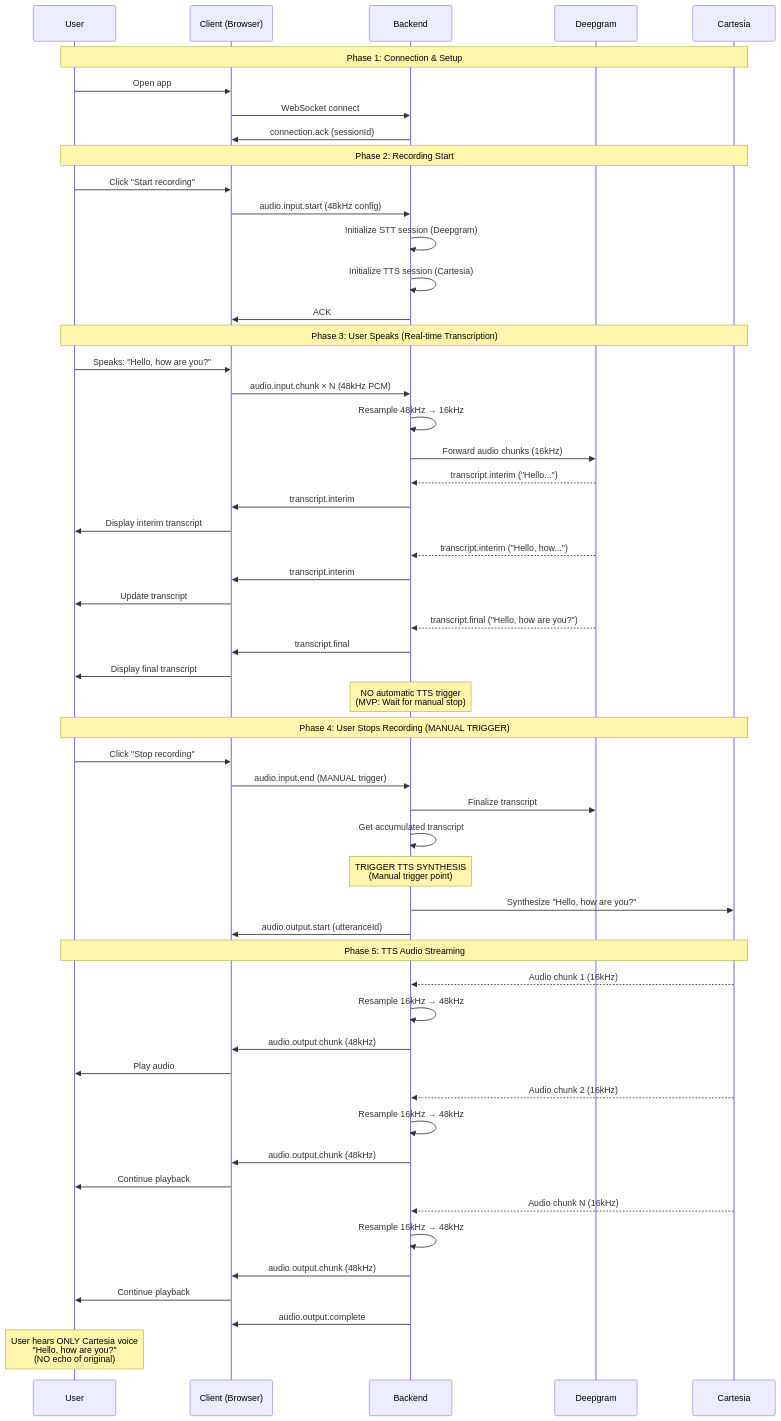
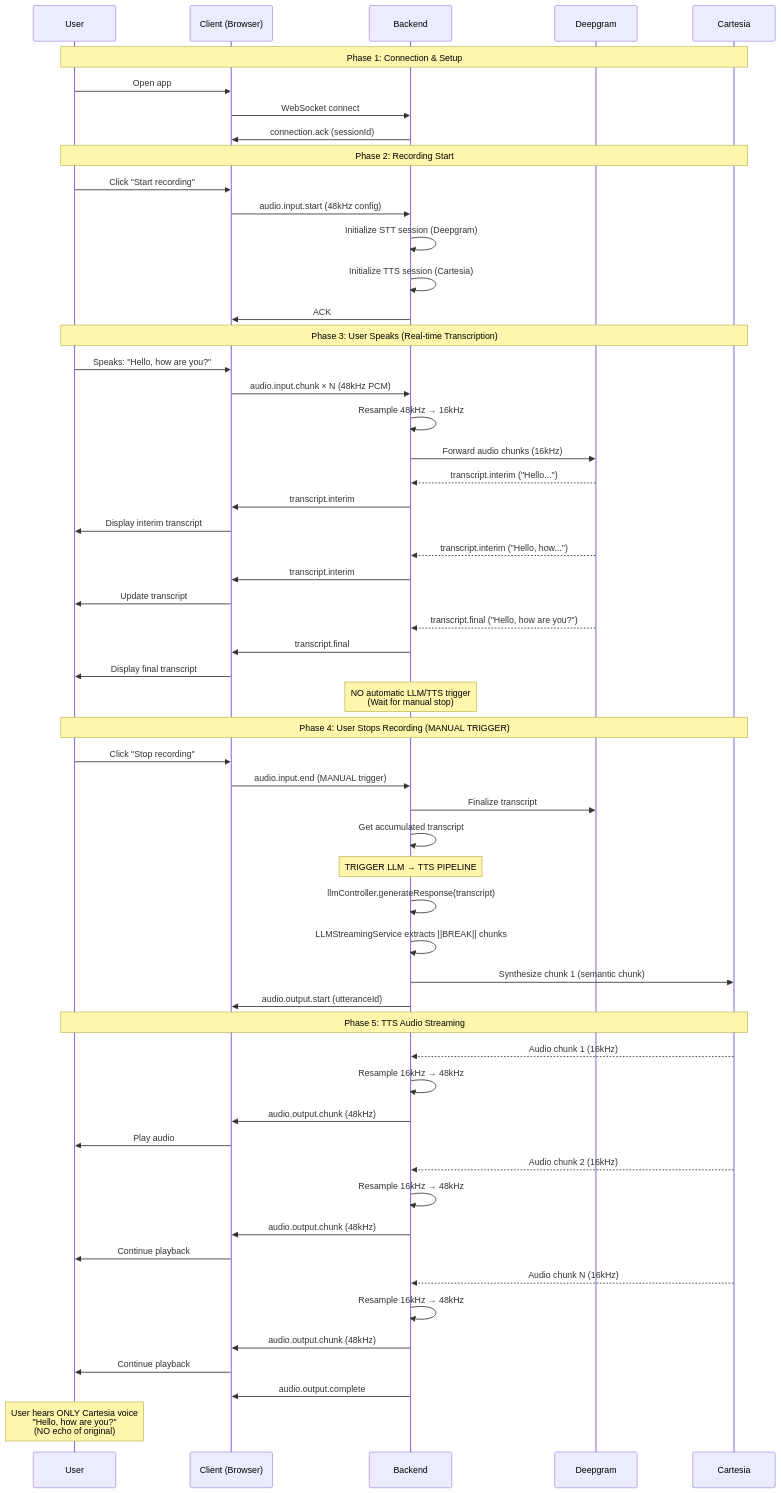
Before and after one commit to Jatin5120/vantum-backend: the diagram in docs/architecture/mvp-audio-pipeline.md, drawn with Mermaid. The commit also changed other lines of this file and 16 other files, not shown here.

````diff
--- a/docs/architecture/mvp-audio-pipeline.md
+++ b/docs/architecture/mvp-audio-pipeline.md
@@ -69,76 +71,78 @@
 ```mermaid
 sequenceDiagram
     participant User
     participant Client (Browser)
     participant Backend
     participant Deepgram
     participant Cartesia
 
     Note over User,Cartesia: Phase 1: Connection & Setup
 
     User->>Client (Browser): Open app
     Client (Browser)->>Backend: WebSocket connect
     Backend->>Client (Browser): connection.ack (sessionId)
 
     Note over User,Cartesia: Phase 2: Recording Start
 
     User->>Client (Browser): Click "Start recording"
     Client (Browser)->>Backend: audio.input.start (48kHz config)
     Backend->>Backend: Initialize STT session (Deepgram)
     Backend->>Backend: Initialize TTS session (Cartesia)
     Backend->>Client (Browser): ACK
 
     Note over User,Cartesia: Phase 3: User Speaks (Real-time Transcription)
 
     User->>Client (Browser): Speaks: "Hello, how are you?"
     Client (Browser)->>Backend: audio.input.chunk × N (48kHz PCM)
     Backend->>Backend: Resample 48kHz → 16kHz
     Backend->>Deepgram: Forward audio chunks (16kHz)
 
     Deepgram-->>Backend: transcript.interim ("Hello...")
     Backend->>Client (Browser): transcript.interim
     Client (Browser)->>User: Display interim transcript
 
     Deepgram-->>Backend: transcript.interim ("Hello, how...")
     Backend->>Client (Browser): transcript.interim
     Client (Browser)->>User: Update transcript
 
     Deepgram-->>Backend: transcript.final ("Hello, how are you?")
     Backend->>Client (Browser): transcript.final
     Client (Browser)->>User: Display final transcript
 
-    Note over Backend: NO automatic TTS trigger<br/>(MVP: Wait for manual stop)
+    Note over Backend: NO automatic LLM/TTS trigger<br/>(Wait for manual stop)
 
     Note over User,Cartesia: Phase 4: User Stops Recording (MANUAL TRIGGER)
 
     User->>Client (Browser): Click "Stop recording"
     Client (Browser)->>Backend: audio.input.end (MANUAL trigger)
     Backend->>Deepgram: Finalize transcript
     Backend->>Backend: Get accumulated transcript
 
-    Note over Backend: TRIGGER TTS SYNTHESIS<br/>(Manual trigger point)
+    Note over Backend: TRIGGER LLM → TTS PIPELINE
 
-    Backend->>Cartesia: Synthesize "Hello, how are you?"
+    Backend->>Backend: llmController.generateResponse(transcript)
+    Backend->>Backend: LLMStreamingService extracts ||BREAK|| chunks
+    Backend->>Cartesia: Synthesize chunk 1 (semantic chunk)
     Backend->>Client (Browser): audio.output.start (utteranceId)
 
     Note over User,Cartesia: Phase 5: TTS Audio Streaming
 
     Cartesia-->>Backend: Audio chunk 1 (16kHz)
     Backend->>Backend: Resample 16kHz → 48kHz
     Backend->>Client (Browser): audio.output.chunk (48kHz)
     Client (Browser)->>User: Play audio
 
     Cartesia-->>Backend: Audio chunk 2 (16kHz)
     Backend->>Backend: Resample 16kHz → 48kHz
     Backend->>Client (Browser): audio.output.chunk (48kHz)
     Client (Browser)->>User: Continue playback
 
     Cartesia-->>Backend: Audio chunk N (16kHz)
     Backend->>Backend: Resample 16kHz → 48kHz
     Backend->>Client (Browser): audio.output.chunk (48kHz)
     Client (Browser)->>User: Continue playback
 
     Backend->>Client (Browser): audio.output.complete
 
     Note over User: User hears ONLY Cartesia voice<br/>"Hello, how are you?"<br/>(NO echo of original)
 ```
````
